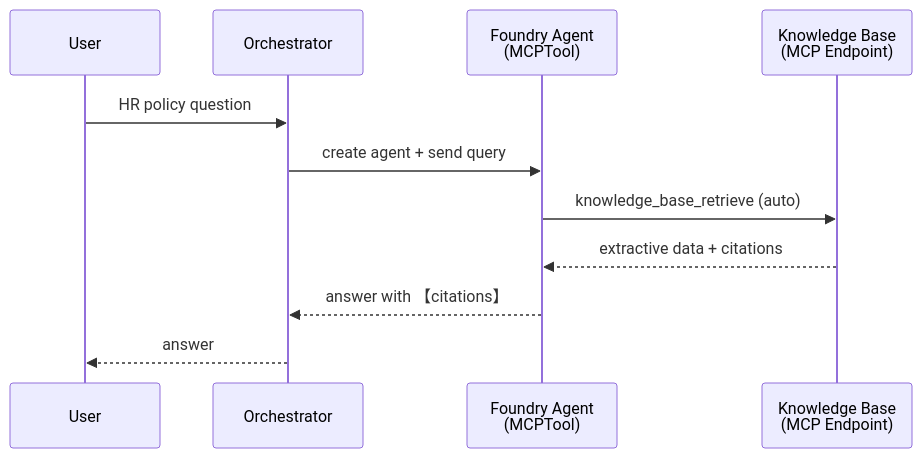
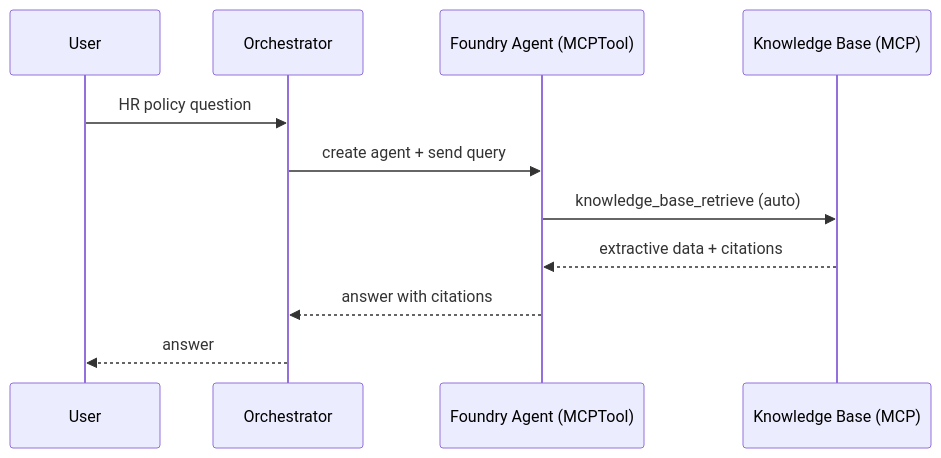
One commit to honestypugh2/foundry-copilot-search-validate changed the third of 5 diagrams in docs/FoundryAgentArchitecture.md. Above: the diagram before and after it, drawn with Mermaid. The commit also changed other lines of this file and 4 other files, not shown here.

First line of the commit message:
refactor: Pattern B client-side classification + docs + sequence diagrams

````diff
--- a/docs/FoundryAgentArchitecture.md
+++ b/docs/FoundryAgentArchitecture.md
@@ -243,14 +307,14 @@
 ```mermaid
 sequenceDiagram
     participant User
     participant Orchestrator
-    participant FoundryAgent as Foundry Agent<br/>(MCPTool)
-    participant KB as Knowledge Base<br/>(MCP Endpoint)
+    participant FoundryAgent as Foundry Agent (MCPTool)
+    participant KB as Knowledge Base (MCP)
 
     User->>Orchestrator: HR policy question
     Orchestrator->>FoundryAgent: create agent + send query
     FoundryAgent->>KB: knowledge_base_retrieve (auto)
     KB-->>FoundryAgent: extractive data + citations
-    FoundryAgent-->>Orchestrator: answer with 【citations】
+    FoundryAgent-->>Orchestrator: answer with citations
     Orchestrator-->>User: answer
 ```
````
